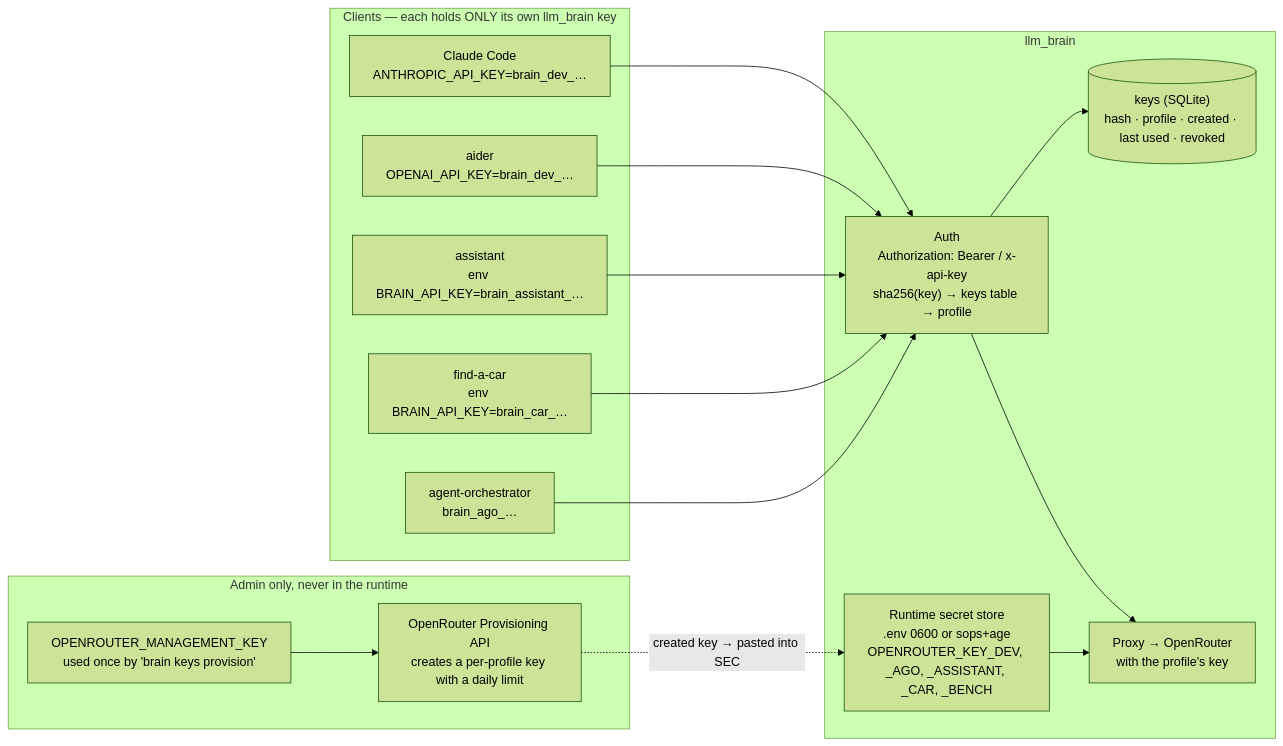
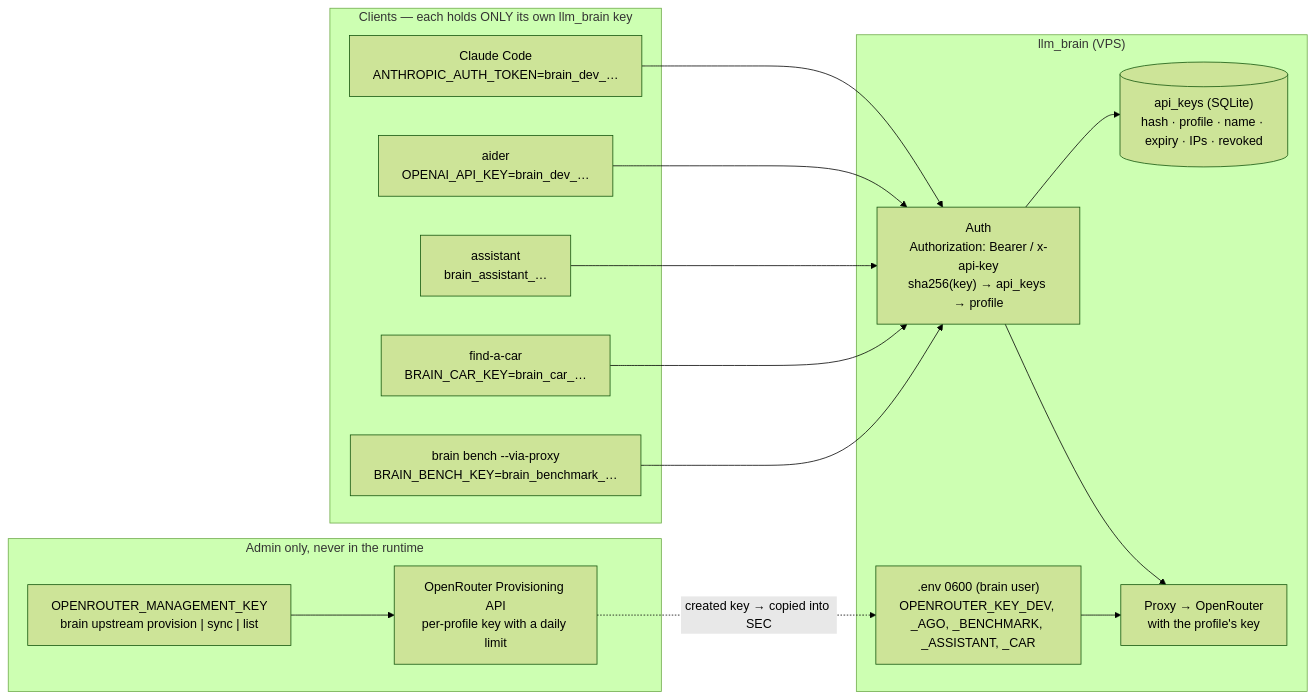
Before and after one commit to pjcau/llm_brain: the diagram in diagrams/08-secrets-flow.mmd, drawn with Mermaid (forest theme). The commit also changed 42 other files, not shown here.

```diff
--- a/diagrams/08-secrets-flow.mmd
+++ b/diagrams/08-secrets-flow.mmd
@@ -1,25 +1,25 @@
 flowchart LR
     subgraph CLIENTS["Clients — each holds ONLY its own llm_brain key"]
-        CC["Claude Code<br/>ANTHROPIC_API_KEY=brain_dev_…"]
+        CC["Claude Code<br/>ANTHROPIC_AUTH_TOKEN=brain_dev_…"]
         AID["aider<br/>OPENAI_API_KEY=brain_dev_…"]
-        AST["assistant<br/>env BRAIN_API_KEY=brain_assistant_…"]
-        CAR["find-a-car<br/>env BRAIN_API_KEY=brain_car_…"]
-        AGO["agent-orchestrator<br/>brain_ago_…"]
+        AST["assistant<br/>brain_assistant_…"]
+        CAR["find-a-car<br/>BRAIN_CAR_KEY=brain_car_…"]
+        BEN["brain bench --via-proxy<br/>BRAIN_BENCH_KEY=brain_benchmark_…"]
     end
 
-    subgraph BRAIN["llm_brain"]
-        AUTH["Auth<br/>Authorization: Bearer / x-api-key<br/>sha256(key) → keys table → profile"]
-        KEYS[("keys (SQLite)<br/>hash · profile · created · last used · revoked")]
-        SEC["Runtime secret store<br/>.env 0600 or sops+age<br/>OPENROUTER_KEY_DEV, _AGO, _ASSISTANT, _CAR, _BENCH"]
+    subgraph BRAIN["llm_brain (VPS)"]
+        AUTH["Auth<br/>Authorization: Bearer / x-api-key<br/>sha256(key) → api_keys → profile"]
+        KEYS[("api_keys (SQLite)<br/>hash · profile · name · expiry · IPs · revoked")]
+        SEC[".env 0600 (brain user)<br/>OPENROUTER_KEY_DEV, _AGO, _BENCHMARK, _ASSISTANT, _CAR"]
         PRX["Proxy → OpenRouter<br/>with the profile's key"]
     end
 
     subgraph ADMIN["Admin only, never in the runtime"]
-        MGMT["OPENROUTER_MANAGEMENT_KEY<br/>used once by 'brain keys provision'"]
-        PROV["OpenRouter Provisioning API<br/>creates a per-profile key with a daily limit"]
+        MGMT["OPENROUTER_MANAGEMENT_KEY<br/>brain upstream provision | sync | list"]
+        PROV["OpenRouter Provisioning API<br/>per-profile key with a daily limit"]
     end
 
-    CC & AID & AST & CAR & AGO --> AUTH --> KEYS
+    CC & AID & AST & CAR & BEN --> AUTH --> KEYS
     AUTH --> PRX
     SEC --> PRX
-    MGMT --> PROV -. "created key → pasted into SEC" .-> SEC
+    MGMT --> PROV -. "created key → copied into SEC" .-> SEC
```
